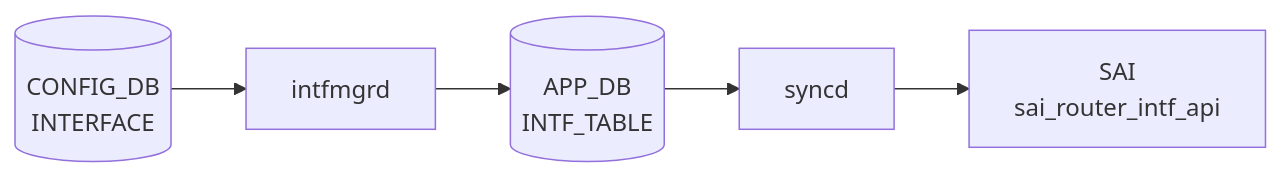
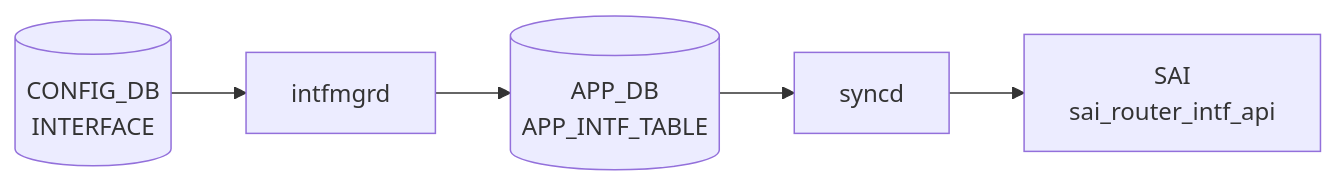
One commit to aoki-taquan/sonic-unofficial-docs changed the diagram in docs/reference/config-db/interface.md. Above: the diagram before and after it, drawn with Mermaid. The commit also changed 6 other files, not shown here.

````diff
--- a/docs/reference/config-db/interface.md
+++ b/docs/reference/config-db/interface.md
@@ -32,12 +32,12 @@
 ```mermaid
 flowchart LR
   CDB[("CONFIG_DB<br/>INTERFACE")]
   DM["intfmgrd"]
   CDB --> DM
-  APPDB[("APP_DB<br/>INTF_TABLE")]
+  APPDB[("APP_DB<br/>APP_INTF_TABLE")]
   DM --> APPDB
   SYNCD["syncd"]
   APPDB --> SYNCD
   SAI["SAI<br/>sai_router_intf_api"]
   SYNCD --> SAI
 ```
````
